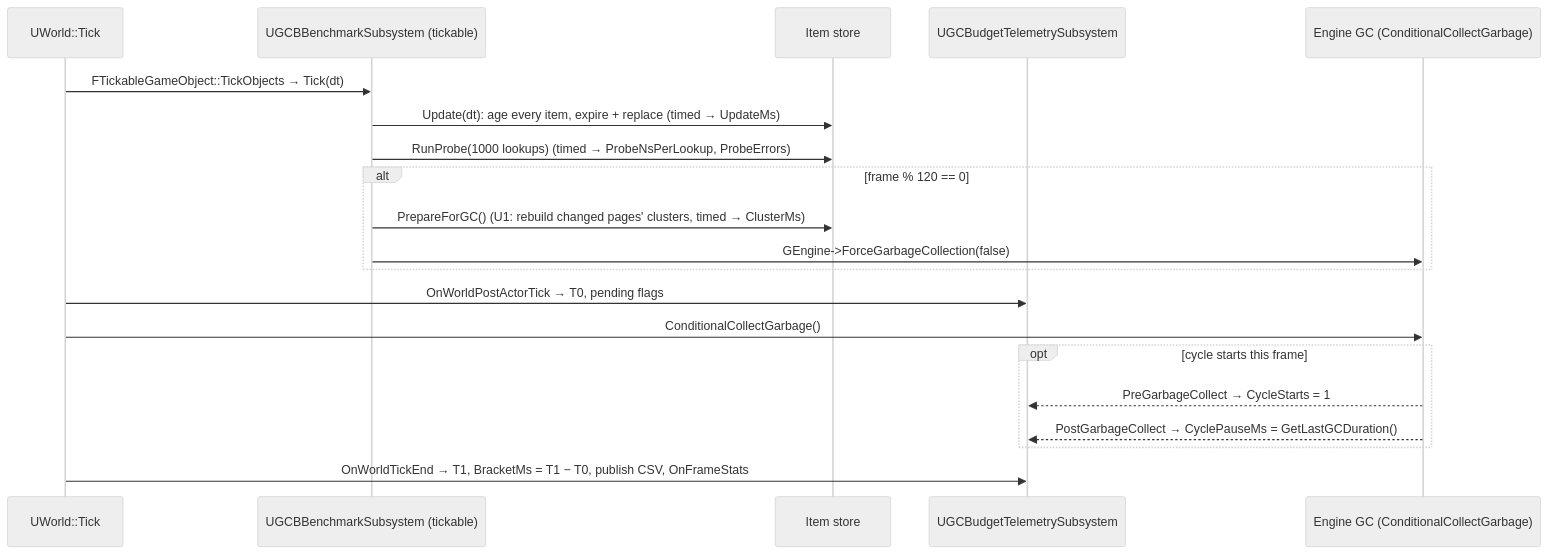
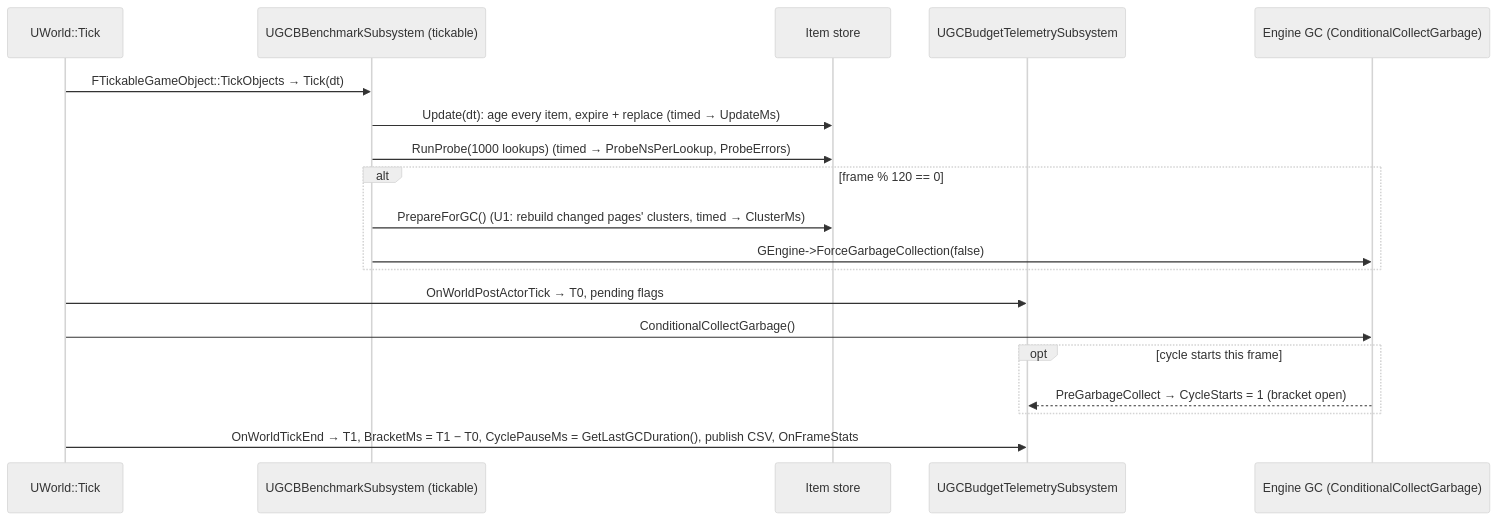
Before and after one commit to KrishGangani/UE5-GCBudget: the second of 2 diagrams in Explanation/02_System_Architecture.md, drawn with Mermaid (neutral theme). The commit also changed other lines of this file and 12 other files, not shown here.

````diff
--- a/Explanation/02_System_Architecture.md
+++ b/Explanation/02_System_Architecture.md
@@ -136,22 +137,21 @@
 ```mermaid
 sequenceDiagram
   participant W as UWorld::Tick
   participant D as UGCBBenchmarkSubsystem (tickable)
   participant S as Item store
   participant T as UGCBudgetTelemetrySubsystem
   participant G as Engine GC (ConditionalCollectGarbage)
   W->>D: FTickableGameObject::TickObjects → Tick(dt)
   D->>S: Update(dt): age every item, expire + replace (timed → UpdateMs)
   D->>S: RunProbe(1000 lookups) (timed → ProbeNsPerLookup, ProbeErrors)
   alt frame % 120 == 0
     D->>S: PrepareForGC() (U1: rebuild changed pages' clusters, timed → ClusterMs)
     D->>G: GEngine->ForceGarbageCollection(false)
   end
   W->>T: OnWorldPostActorTick → T0, pending flags
   W->>G: ConditionalCollectGarbage()
   opt cycle starts this frame
-    G-->>T: PreGarbageCollect → CycleStarts = 1
-    G-->>T: PostGarbageCollect → CyclePauseMs = GetLastGCDuration()
+    G-->>T: PreGarbageCollect → CycleStarts = 1 (bracket open)
   end
-  W->>T: OnWorldTickEnd → T1, BracketMs = T1 − T0, publish CSV, OnFrameStats
+  W->>T: OnWorldTickEnd → T1, BracketMs = T1 − T0, CyclePauseMs = GetLastGCDuration(), publish CSV, OnFrameStats
 ```
````
